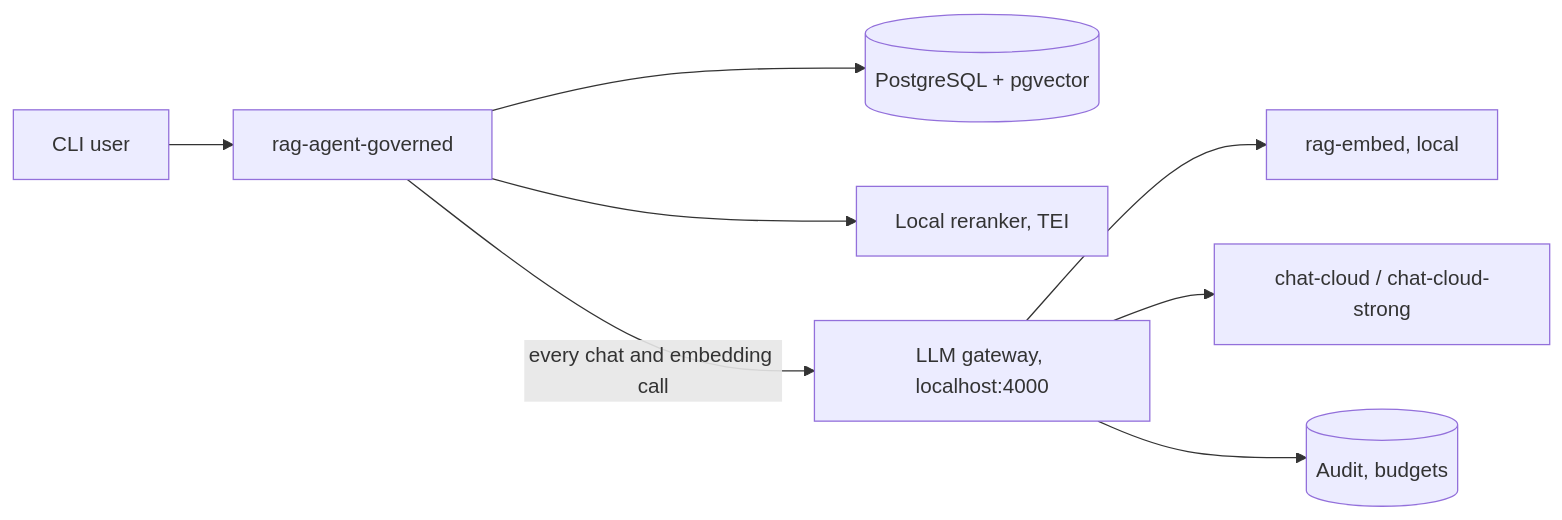
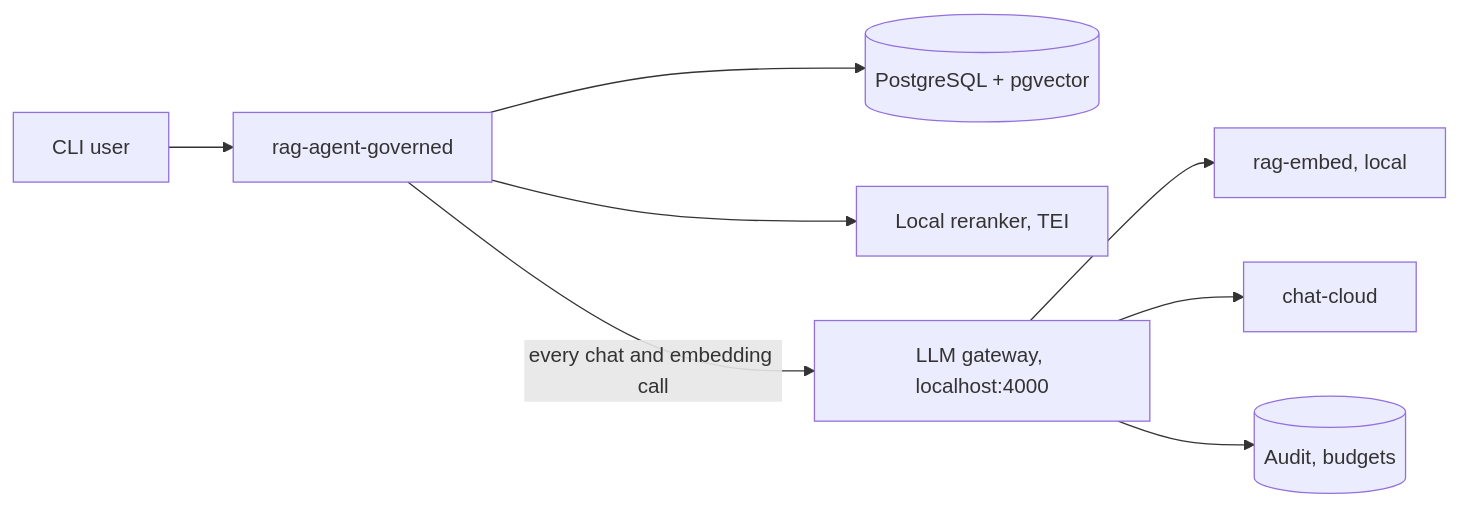
Before and after one commit to javabbgit/rag-agent-governed: the diagram in README.md, drawn with Mermaid. The commit also changed other lines of this file and 1 other file, not shown here.

````diff
--- a/README.md
+++ b/README.md
@@ -62,10 +64,10 @@
 ```mermaid
 flowchart LR
   U[CLI user] --> A[rag-agent-governed]
   A --> DB[(PostgreSQL + pgvector)]
   A --> R[Local reranker, TEI]
   A -->|every chat and embedding call| G[LLM gateway, localhost:4000]
   G --> E[rag-embed, local]
-  G --> C[chat-cloud / chat-cloud-strong]
+  G --> C[chat-cloud]
   G --> L[(Audit, budgets)]
 ```
````
